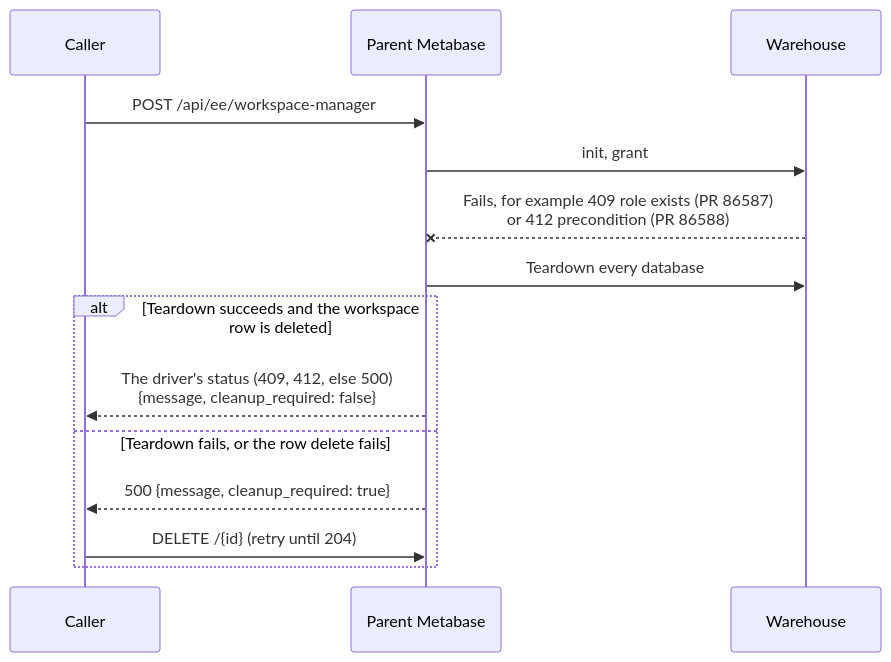
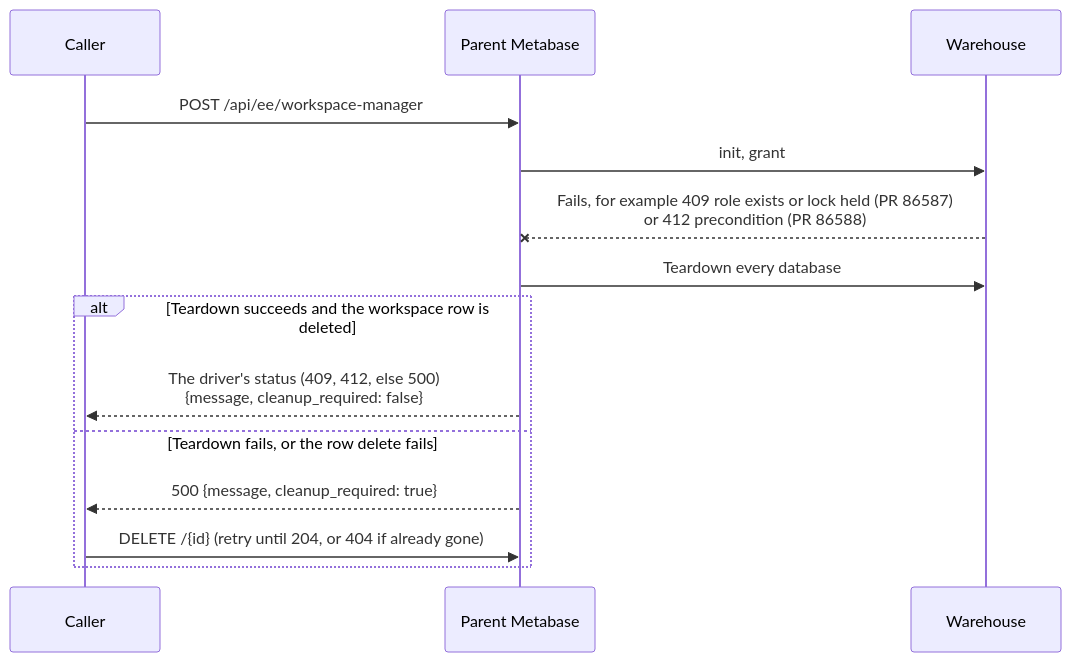
Before and after one commit to metabase/metabase: the third of 7 diagrams in contracts/workspaces/README.md, drawn with Mermaid. The commit also changed other lines of this file and 2 other files, not shown here.

````diff
--- a/contracts/workspaces/README.md
+++ b/contracts/workspaces/README.md
@@ -93,17 +93,17 @@
 ```mermaid
 sequenceDiagram
     participant C as Caller
     participant P as Parent Metabase
     participant W as Warehouse
 
     C->>P: POST /api/ee/workspace-manager
     P->>W: init, grant
-    W--xP: Fails, for example 409 role exists (PR 86587)<br/>or 412 precondition (PR 86588)
+    W--xP: Fails, for example 409 role exists or lock held (PR 86587)<br/>or 412 precondition (PR 86588)
     P->>W: Teardown every database
     alt Teardown succeeds and the workspace row is deleted
         P-->>C: The driver's status (409, 412, else 500)<br/>{message, cleanup_required: false}
     else Teardown fails, or the row delete fails
         P-->>C: 500 {message, cleanup_required: true}
-        C->>P: DELETE /{id} (retry until 204)
+        C->>P: DELETE /{id} (retry until 204, or 404 if already gone)
     end
 ```
````
